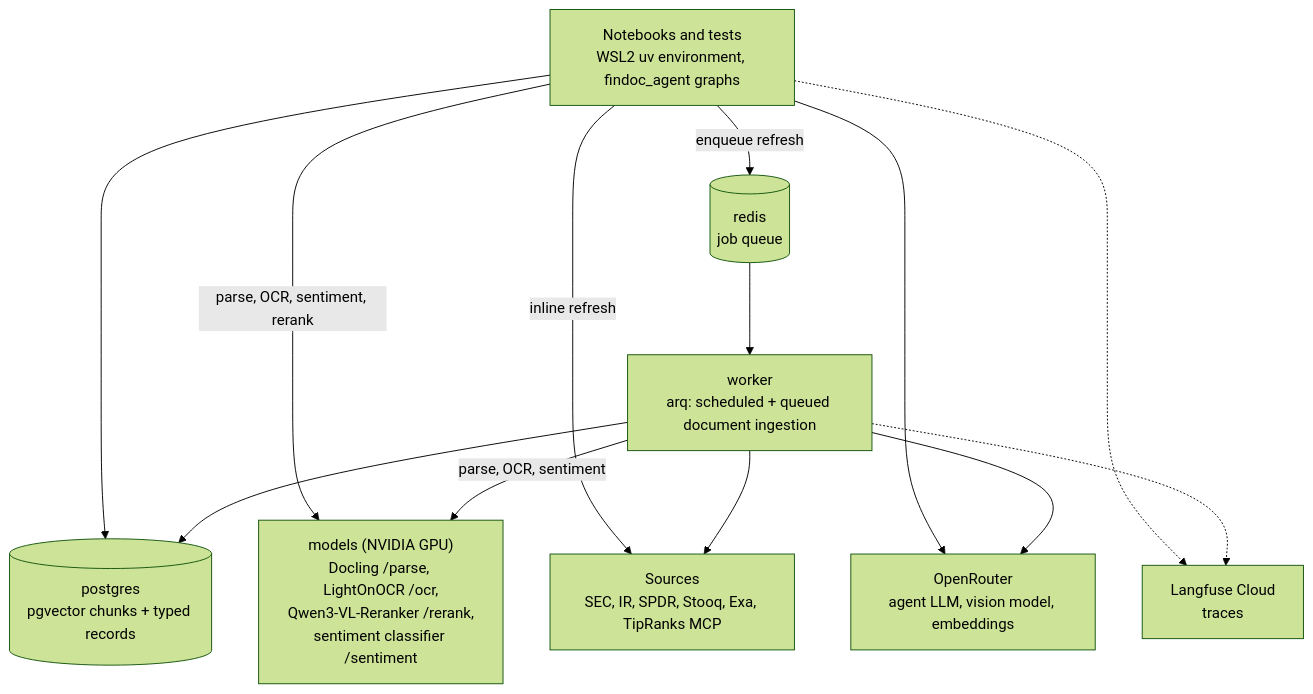
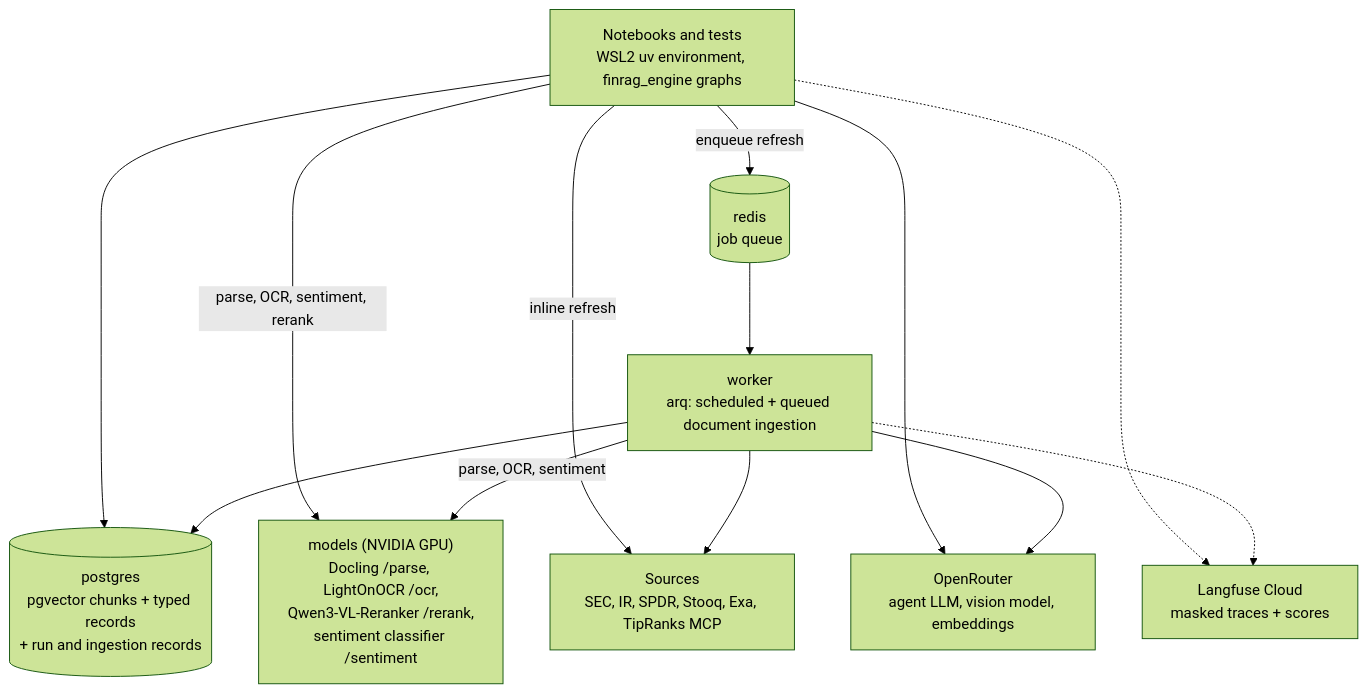
The second of 2 diagrams in docs/DESIGN.md (chazyman/financial-agent-capstone), drawn with Mermaid (forest theme) before and after one commit. The commit also changed other lines of this file and 1 other file, not shown here.

Commit message:
Deep Dive First pass on Design of FinRag Engine with best Pratices in Financial Rag from Nicoles Course.

````diff
--- a/docs/DESIGN.md
+++ b/docs/DESIGN.md
@@ -376,23 +529,23 @@
 ```mermaid
 flowchart TB
-    NB["Notebooks and tests<br/>WSL2 uv environment, findoc_agent graphs"]
+    NB["Notebooks and tests<br/>WSL2 uv environment, finrag_engine graphs"]
     RQ[("redis<br/>job queue")]
     W["worker<br/>arq: scheduled + queued document ingestion"]
     M["models (NVIDIA GPU)<br/>Docling /parse, LightOnOCR /ocr,<br/>Qwen3-VL-Reranker /rerank,<br/>sentiment classifier /sentiment"]
-    PG[("postgres<br/>pgvector chunks + typed records")]
+    PG[("postgres<br/>pgvector chunks + typed records<br/>+ run and ingestion records")]
     OR["OpenRouter<br/>agent LLM, vision model, embeddings"]
     EXT["Sources<br/>SEC, IR, SPDR, Stooq, Exa, TipRanks MCP"]
-    LF["Langfuse Cloud<br/>traces"]
+    LF["Langfuse Cloud<br/>masked traces + scores"]
 
     NB -->|enqueue refresh| RQ --> W
     NB --> PG
     W --> PG
     NB -->|parse, OCR, sentiment, rerank| M
     NB -->|inline refresh| EXT
     W -->|parse, OCR, sentiment| M
     W --> EXT
     NB --> OR
     W --> OR
     NB -.-> LF
     W -.-> LF
 ```
````
